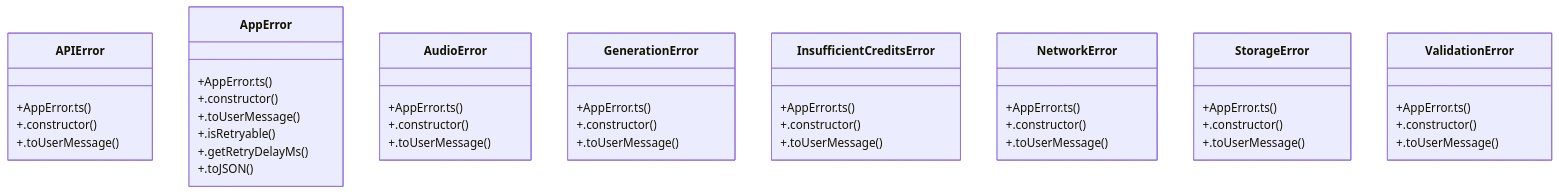
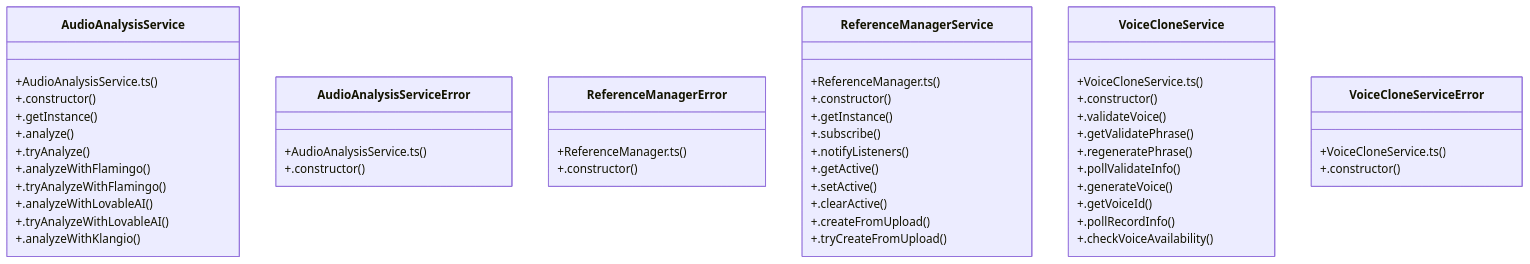
The diagram in graphify-out/wiki/Audio_Context_Management.md (HOW2AI-AGENCY/aimusicverse), drawn with Mermaid before and after one commit. The commit also changed other lines of this file and 649 other files, not shown here.

````diff
--- a/graphify-out/wiki/Audio_Context_Management.md
+++ b/graphify-out/wiki/Audio_Context_Management.md
@@ -36,46 +36,51 @@
 ```mermaid
 classDiagram
-    class APIError {
-        +AppError.ts()
+    class AudioAnalysisService {
+        +AudioAnalysisService.ts()
         +.constructor()
-        +.toUserMessage()
+        +.getInstance()
+        +.analyze()
+        +.tryAnalyze()
+        +.analyzeWithFlamingo()
+        +.tryAnalyzeWithFlamingo()
+        +.analyzeWithLovableAI()
+        +.tryAnalyzeWithLovableAI()
+        +.analyzeWithKlangio()
     }
-    class AppError {
-        +AppError.ts()
+    class AudioAnalysisServiceError {
+        +AudioAnalysisService.ts()
         +.constructor()
-        +.toUserMessage()
-        +.isRetryable()
-        +.getRetryDelayMs()
-        +.toJSON()
     }
-    class AudioError {
-        +AppError.ts()
+    class ReferenceManagerError {
+        +ReferenceManager.ts()
         +.constructor()
-        +.toUserMessage()
     }
-    class GenerationError {
-        +AppError.ts()
+    class ReferenceManagerService {
+        +ReferenceManager.ts()
         +.constructor()
-        +.toUserMessage()
+        +.getInstance()
+        +.subscribe()
+        +.notifyListeners()
+        +.getActive()
+        +.setActive()
+        +.clearActive()
+        +.createFromUpload()
+        +.tryCreateFromUpload()
     }
-    class InsufficientCreditsError {
-        +AppError.ts()
+    class VoiceCloneService {
+        +VoiceCloneService.ts()
         +.constructor()
-        +.toUserMessage()
+        +.validateVoice()
+        +.getValidatePhrase()
+        +.regeneratePhrase()
+        +.pollValidateInfo()
+        +.generateVoice()
+        +.getVoiceId()
+        +.pollRecordInfo()
+        +.checkVoiceAvailability()
     }
-    class NetworkError {
-        +AppError.ts()
+    class VoiceCloneServiceError {
+        +VoiceCloneService.ts()
         +.constructor()
-        +.toUserMessage()
-    }
-    class StorageError {
-        +AppError.ts()
-        +.constructor()
-        +.toUserMessage()
-    }
-    class ValidationError {
-        +AppError.ts()
-        +.constructor()
-        +.toUserMessage()
     }
 ```
````
